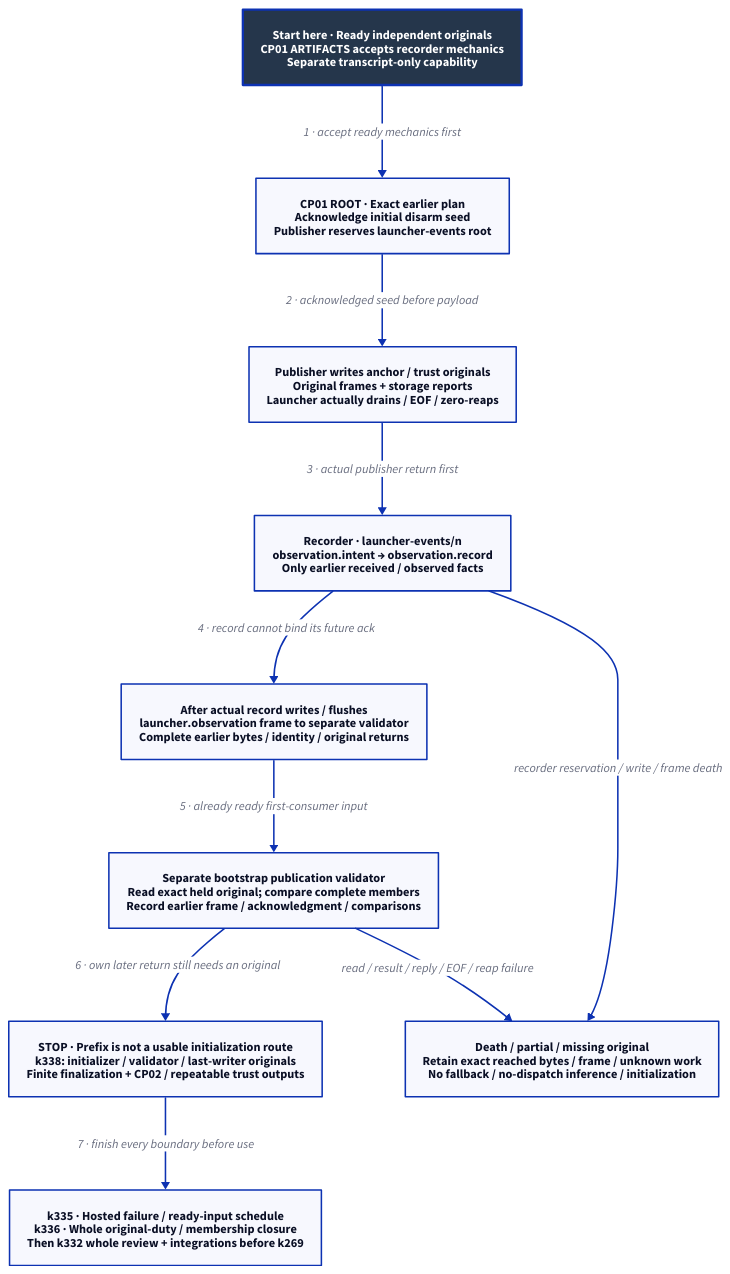
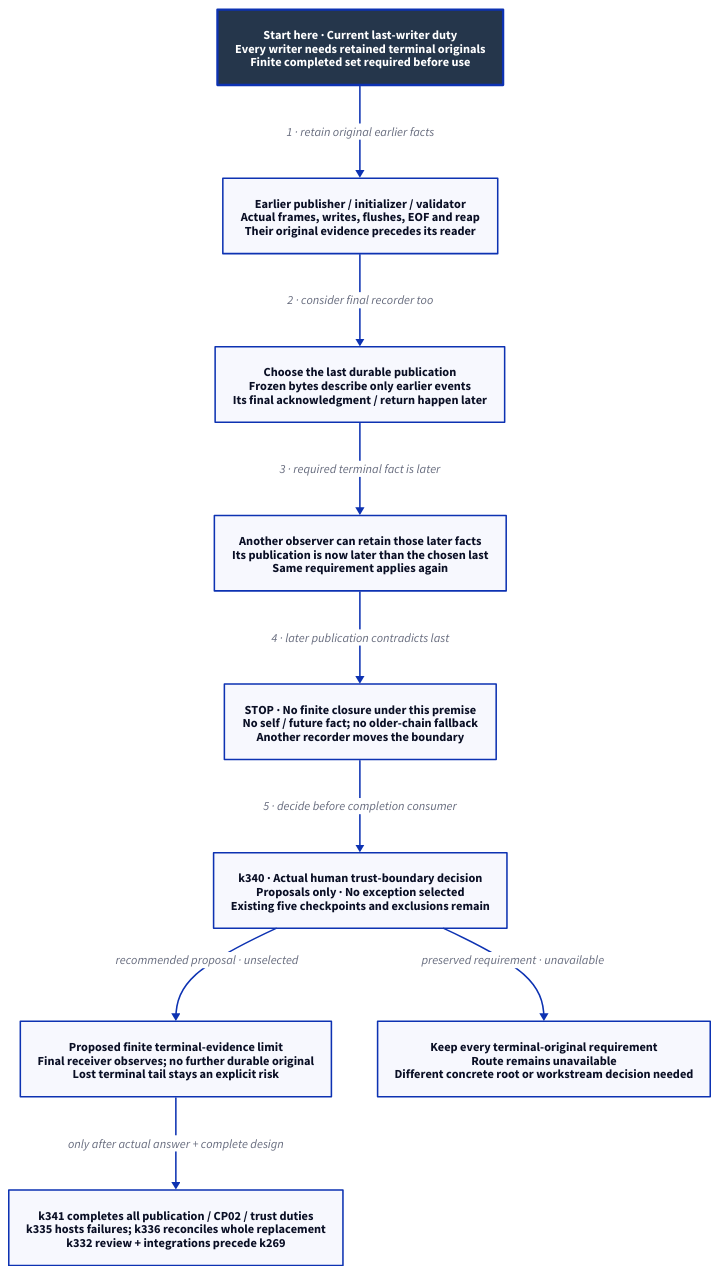
The diagram in docs/design/architecture/native-reference-admission.d2 (Linkuistics/Koine), drawn with D2 before and after one commit. The commit also changed 10 other files, not shown here.

Commit message:
Identify final-writer trust boundary (reference-evidence-final-writer-boundary-k339; decompose reference-evidence-publication-completion-k338)

```diff
--- a/docs/design/architecture/native-reference-admission.d2
+++ b/docs/design/architecture/native-reference-admission.d2
@@ -1,23 +1,22 @@
-# k337 publisher-terminal prefix only; k334/k331 remain live before k332/k269.
+# k339 conditional final-writer conflict; k340 choice unselected; no usable route.
 direction: down
 classes: {
   start: {style: {fill: "#25364B"; font-color: "#FFFFFF"; bold: true; stroke-width: 3}}
 }
-Start: "Start here · Ready independent originals\nCP01 ARTIFACTS accepts recorder mechanics\nSeparate transcript-only capability" {class: start}
-Root: "CP01 ROOT · Exact earlier plan\nAcknowledge initial disarm seed\nPublisher reserves launcher-events root"
-Publisher: "Publisher writes anchor / trust originals\nOriginal frames + storage reports\nLauncher actually drains / EOF / zero-reaps"
-Record: "Recorder · launcher-events/n\nobservation.intent → observation.record\nOnly earlier received / observed facts"
-Ack: "After actual record writes / flushes\nlauncher.observation frame to separate validator\nComplete earlier bytes / identity / original returns"
-Validator: "Separate bootstrap publication validator\nRead exact held original; compare complete members\nRecord earlier frame / acknowledgment / comparisons"
-Remainder: "STOP · Prefix is not a usable initialization route\nk338: initializer / validator / last-writer originals\nFinite finalization + CP02 / repeatable trust outputs"
-Review: "k335 · Hosted failure / ready-input schedule\nk336 · Whole original-duty / membership closure\nThen k332 whole review + integrations before k269"
-Failure: "Death / partial / missing original\nRetain exact reached bytes / frame / unknown work\nNo fallback / no-dispatch inference / initialization"
-Start -> Root: "1 · accept ready mechanics first"
-Root -> Publisher: "2 · acknowledged seed before payload"
-Publisher -> Record: "3 · actual publisher return first"
-Record -> Ack: "4 · record cannot bind its future ack"
-Ack -> Validator: "5 · already ready first-consumer input"
-Validator -> Remainder: "6 · own later return still needs an original"
-Remainder -> Review: "7 · finish every boundary before use"
-Record -> Failure: "recorder reservation / write / frame death"
-Validator -> Failure: "read / result / reply / EOF / reap failure"
+Start: "Start here · Current last-writer duty\nEvery writer needs retained terminal originals\nFinite completed set required before use" {class: start}
+Earlier: "Earlier publisher / initializer / validator\nActual frames, writes, flushes, EOF and reap\nTheir original evidence precedes its reader"
+Last: "Choose the last durable publication\nFrozen bytes describe only earlier events\nIts final acknowledgment / return happen later"
+Observer: "Another observer can retain those later facts\nIts publication is now later than the chosen last\nSame requirement applies again"
+Conflict: "STOP · No finite closure under this premise\nNo self / future fact; no older-chain fallback\nAnother recorder moves the boundary"
+Choice: "k340 · Actual human trust-boundary decision\nProposals only · No exception selected\nExisting five checkpoints and exclusions remain"
+Limit: "Proposed finite terminal-evidence limit\nFinal receiver observes; no further durable original\nLost terminal tail stays an explicit risk"
+Strict: "Keep every terminal-original requirement\nRoute remains unavailable\nDifferent concrete root or workstream decision needed"
+Next: "k341 completes all publication / CP02 / trust duties\nk335 hosts failures; k336 reconciles whole replacement\nk332 review + integrations precede k269"
+Start -> Earlier: "1 · retain original earlier facts"
+Earlier -> Last: "2 · consider final recorder too"
+Last -> Observer: "3 · required terminal fact is later"
+Observer -> Conflict: "4 · later publication contradicts last"
+Conflict -> Choice: "5 · decide before completion consumer"
+Choice -> Limit: "recommended proposal · unselected"
+Choice -> Strict: "preserved requirement · unavailable"
+Limit -> Next: "only after actual answer + complete design"
```
